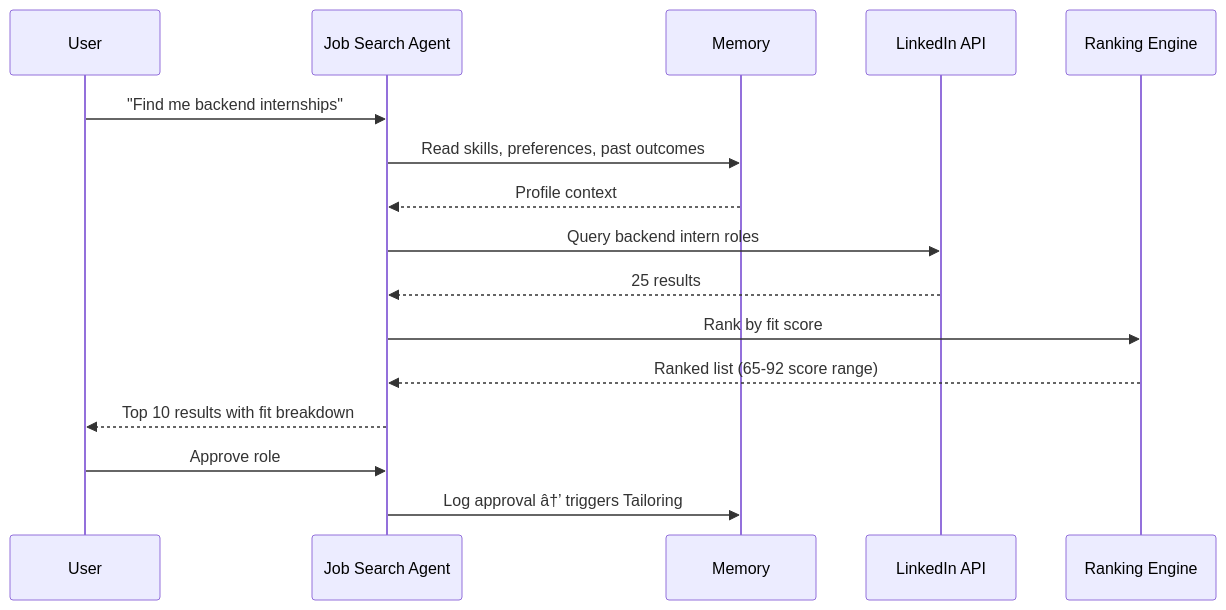
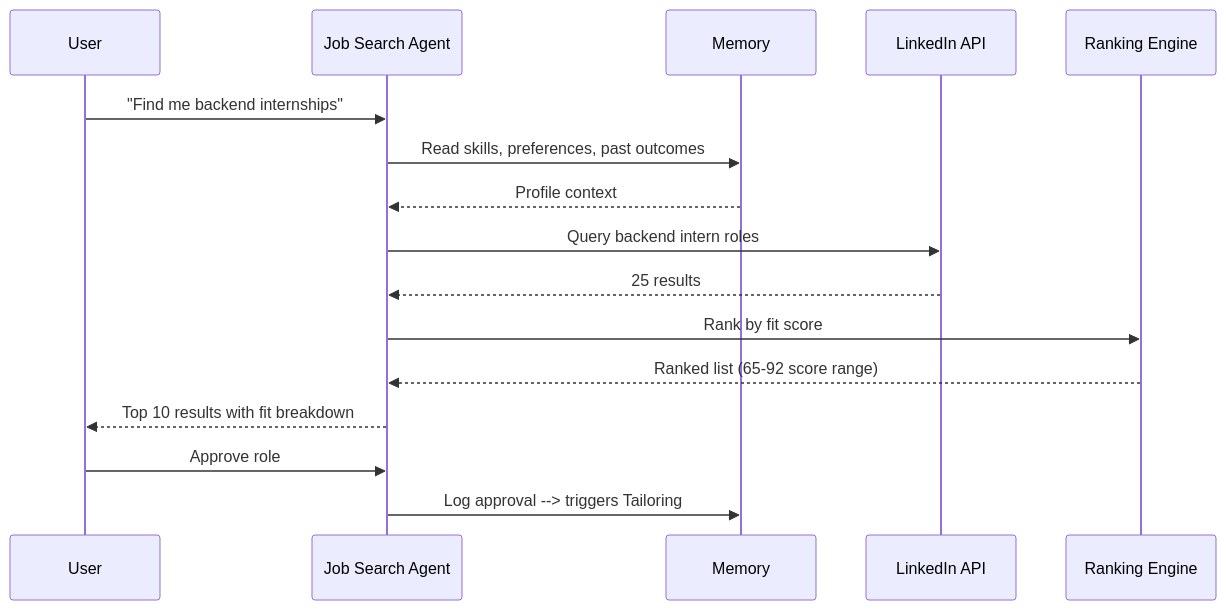
One commit to Driftloom/Vaeloom changed the second of 2 diagrams in Docs/Product/Feature-Specs/Job-Search.md. Above: the diagram before and after it, drawn with Mermaid. The commit also changed other lines of this file and 31 other files, not shown here.

Commit message:
docs(product): add PRD, roadmap, user-stories, personas, specs, and strategy

````diff
--- a/Docs/Product/Feature-Specs/Job-Search.md
+++ b/Docs/Product/Feature-Specs/Job-Search.md
@@ -201,19 +201,19 @@
 ```mermaid
 sequenceDiagram
     participant U as User
     participant JSA as Job Search Agent
     participant MEM as Memory
     participant LI as LinkedIn API
     participant RN as Ranking Engine
 
     U->>JSA: "Find me backend internships"
     JSA->>MEM: Read skills, preferences, past outcomes
     MEM-->>JSA: Profile context
     JSA->>LI: Query backend intern roles
     LI-->>JSA: 25 results
     JSA->>RN: Rank by fit score
     RN-->>JSA: Ranked list (65-92 score range)
     JSA-->>U: Top 10 results with fit breakdown
     U->>JSA: Approve role #3
-    JSA->>MEM: Log approval â†’ triggers Tailoring
+    JSA->>MEM: Log approval --> triggers Tailoring
 ```
````
